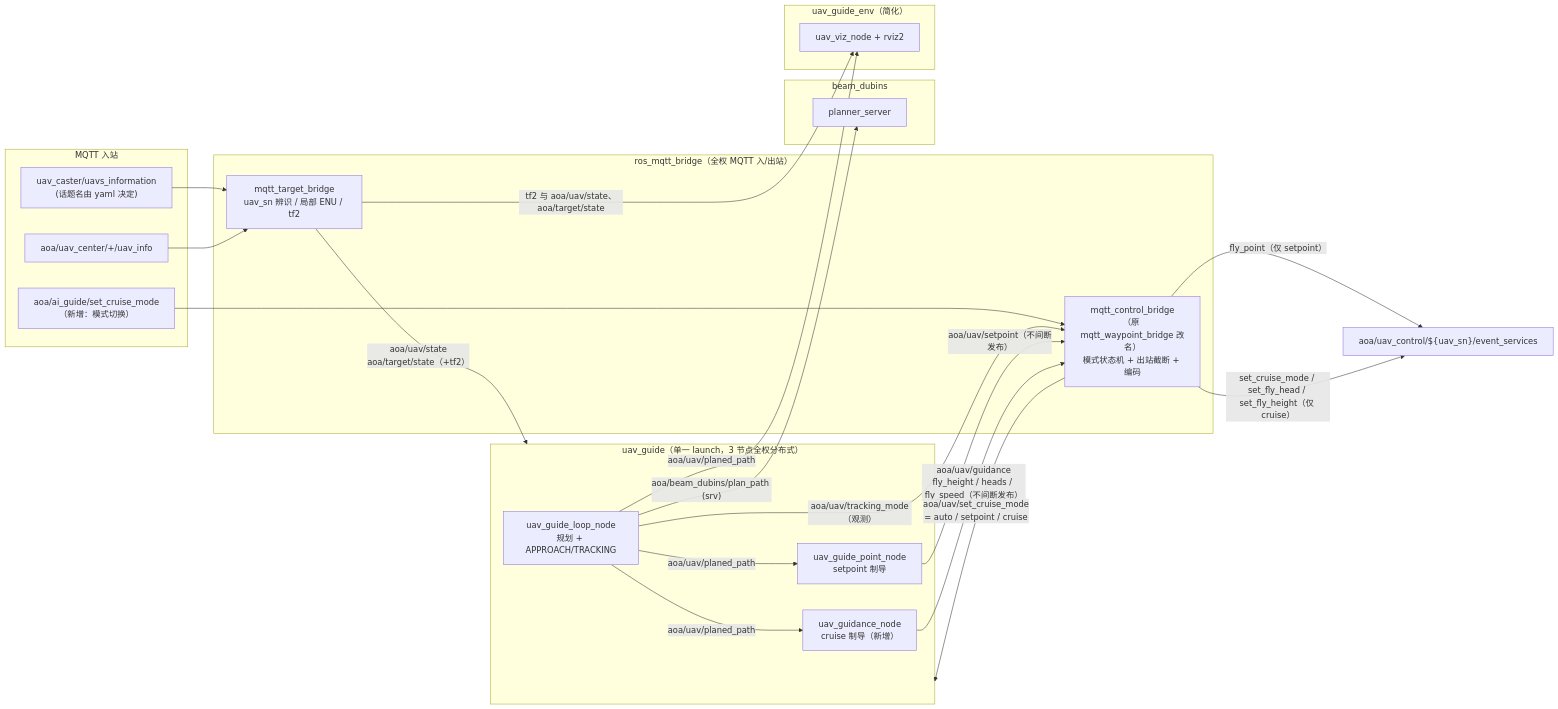
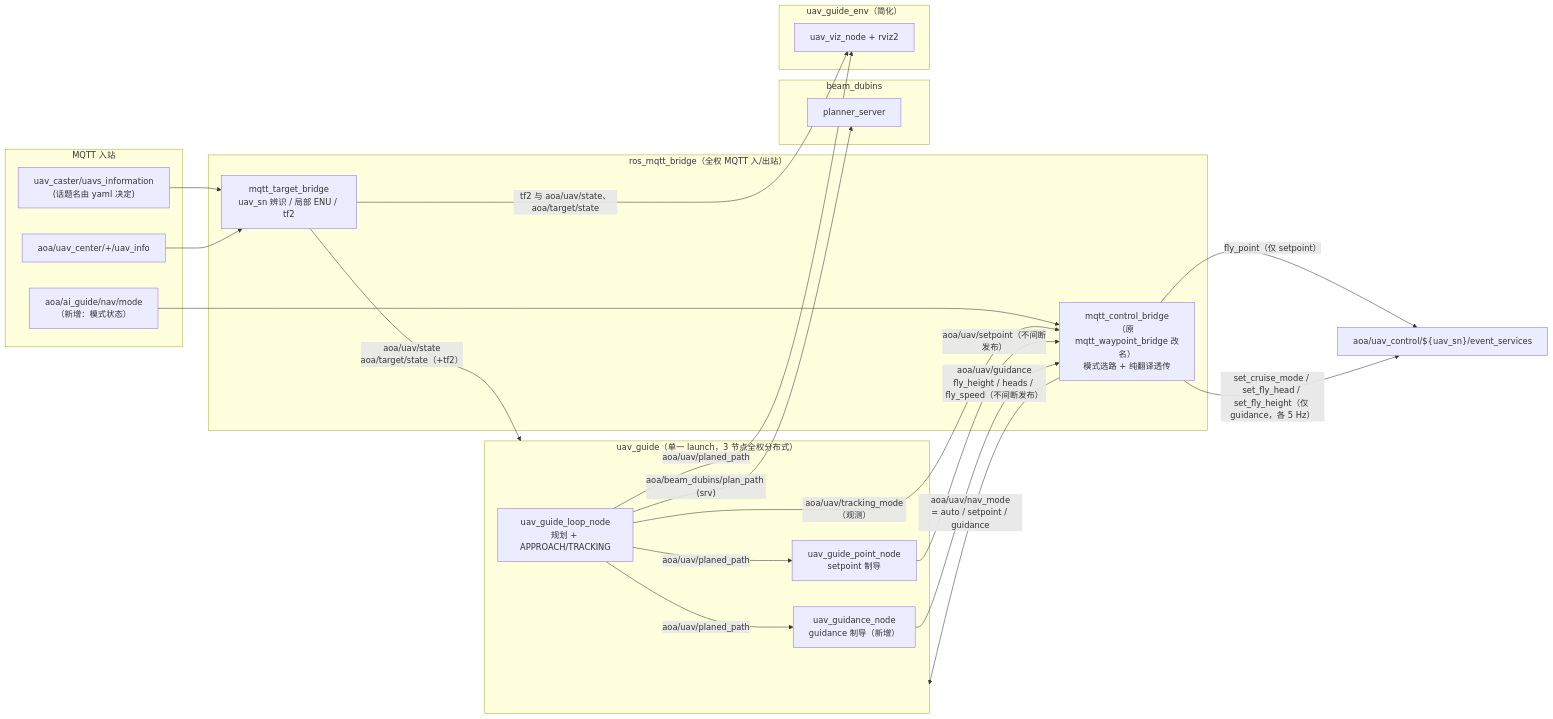
Before and after one commit to ZhangxiaokangRichard/beam_UAV_path_plan: the second of 5 diagrams in doc/ros2rebuild.md, drawn with Mermaid. The commit also changed other lines of this file and 19 other files, not shown here.

````diff
--- a/doc/ros2rebuild.md
+++ b/doc/ros2rebuild.md
@@ -125,38 +126,38 @@
 ```mermaid
 flowchart LR
     subgraph MQTTIN["MQTT 入站"]
         T1["uav_caster/uavs_information<br/>(话题名由 yaml 决定)"]
         T2["aoa/uav_center/+/uav_info"]
-        T3["aoa/ai_guide/set_cruise_mode<br/>（新增：模式切换）"]
+        T3["aoa/ai_guide/nav/mode<br/>（新增：模式状态）"]
     end
     subgraph BR["ros_mqtt_bridge（全权 MQTT 入/出站）"]
         TG["mqtt_target_bridge<br/>uav_sn 辨识 / 局部 ENU / tf2"]
-        CB["mqtt_control_bridge<br/>（原 mqtt_waypoint_bridge 改名）<br/>模式状态机 + 出站截断 + 编码"]
+        CB["mqtt_control_bridge<br/>（原 mqtt_waypoint_bridge 改名）<br/>模式选路 + 纯翻译透传"]
     end
     T1 --> TG
     T2 --> TG
     T3 --> CB
     subgraph UG["uav_guide（单一 launch，3 节点全权分布式）"]
         LOOP["uav_guide_loop_node<br/>规划 + APPROACH/TRACKING"]
         PT["uav_guide_point_node<br/>setpoint 制导"]
-        GD["uav_guidance_node<br/>cruise 制导（新增）"]
+        GD["uav_guidance_node<br/>guidance 制导（新增）"]
     end
     TG -->|"aoa/uav/state<br/>aoa/target/state（+tf2）"| UG
     LOOP -->|"aoa/uav/planed_path"| PT
     LOOP -->|"aoa/uav/planed_path"| GD
     LOOP -->|"aoa/uav/tracking_mode（观测）"| CB
     PT -->|"aoa/uav/setpoint（不间断发布）"| CB
     GD -->|"aoa/uav/guidance<br/>fly_height / heads / fly_speed（不间断发布）"| CB
-    CB -->|"aoa/uav/set_cruise_mode<br/>= auto / setpoint / cruise"| UG
+    CB -->|"aoa/uav/nav_mode<br/>= auto / setpoint / guidance"| UG
     CB -->|"fly_point（仅 setpoint）"| MO["aoa/uav_control/${uav_sn}/event_services"]
-    CB -->|"set_cruise_mode / set_fly_head / set_fly_height（仅 cruise）"| MO
+    CB -->|"set_cruise_mode / set_fly_head / set_fly_height（仅 guidance，各 5 Hz）"| MO
     subgraph PL["beam_dubins"]
         PS["planner_server"]
     end
     LOOP -->|"aoa/beam_dubins/plan_path (srv)"| PS
     subgraph VIZ["uav_guide_env（简化）"]
         V["uav_viz_node + rviz2"]
     end
     TG -->|"tf2 与 aoa/uav/state、aoa/target/state"| V
     LOOP -->|"aoa/uav/planed_path"| V
 ```
````
